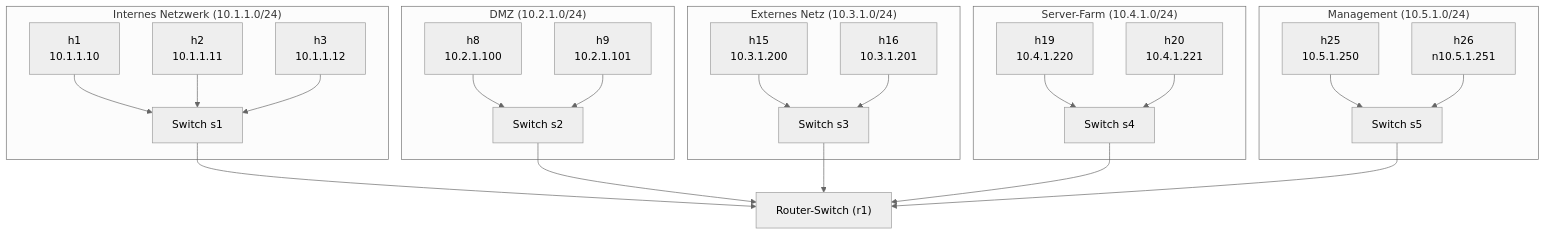
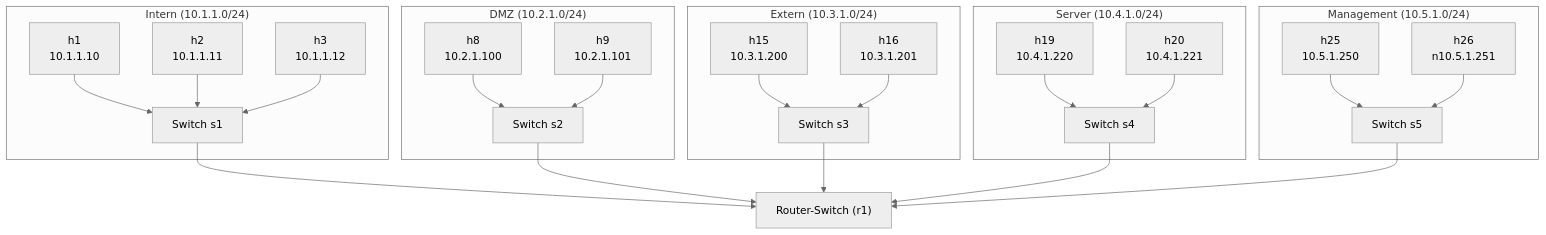
One commit to Flipp-io/SDN-Praktikum changed the diagram in deepdive/README.md. Above: the diagram before and after it, drawn with Mermaid (neutral theme).

Commit message:
Small Update subgraph labels in README.md

````diff
--- a/deepdive/README.md
+++ b/deepdive/README.md
@@ -21,45 +21,45 @@
 ```mermaid
 flowchart TD
-    subgraph Internes_Netzwerk["Internes Netzwerk (10.1.1.0/24)"]
+    subgraph Internes_Netzwerk["Intern (10.1.1.0/24)"]
         h1["h1 <br> 10.1.1.10"]
         h2["h2 <br> 10.1.1.11"]
         h3["h3 <br> 10.1.1.12"]
         s1["Switch s1"]
         h1 --> s1
         h2 --> s1
         h3 --> s1
     end
     subgraph DMZ["DMZ (10.2.1.0/24)"]
         h8["h8<br>10.2.1.100"]
         h9["h9<br>10.2.1.101"]
         s2["Switch s2"]
         h8 --> s2
         h9 --> s2
     end
-    subgraph Externes_Netz["Externes Netz (10.3.1.0/24)"]
+    subgraph Externes_Netz["Extern (10.3.1.0/24)"]
         h15["h15<br>10.3.1.200"]
         h16["h16<br>10.3.1.201"]
         s3["Switch s3"]
         h15 --> s3
         h16 --> s3
     end
-    subgraph Server_Farm["Server-Farm (10.4.1.0/24)"]
+    subgraph Server_Farm["Server (10.4.1.0/24)"]
         h19["h19<br>10.4.1.220"]
         h20["h20<br>10.4.1.221"]
         s4["Switch s4"]
         h19 --> s4
         h20 --> s4
     end
     subgraph Management["Management (10.5.1.0/24)"]
         h25["h25<br>10.5.1.250"]
         h26["h26<br>n10.5.1.251"]
         s5["Switch s5"]
         h25 --> s5
         h26 --> s5
     end
     s1 --> r1["Router-Switch (r1)"]
     s2 --> r1
     s3 --> r1
     s4 --> r1
     s5 --> r1
 ```
````
